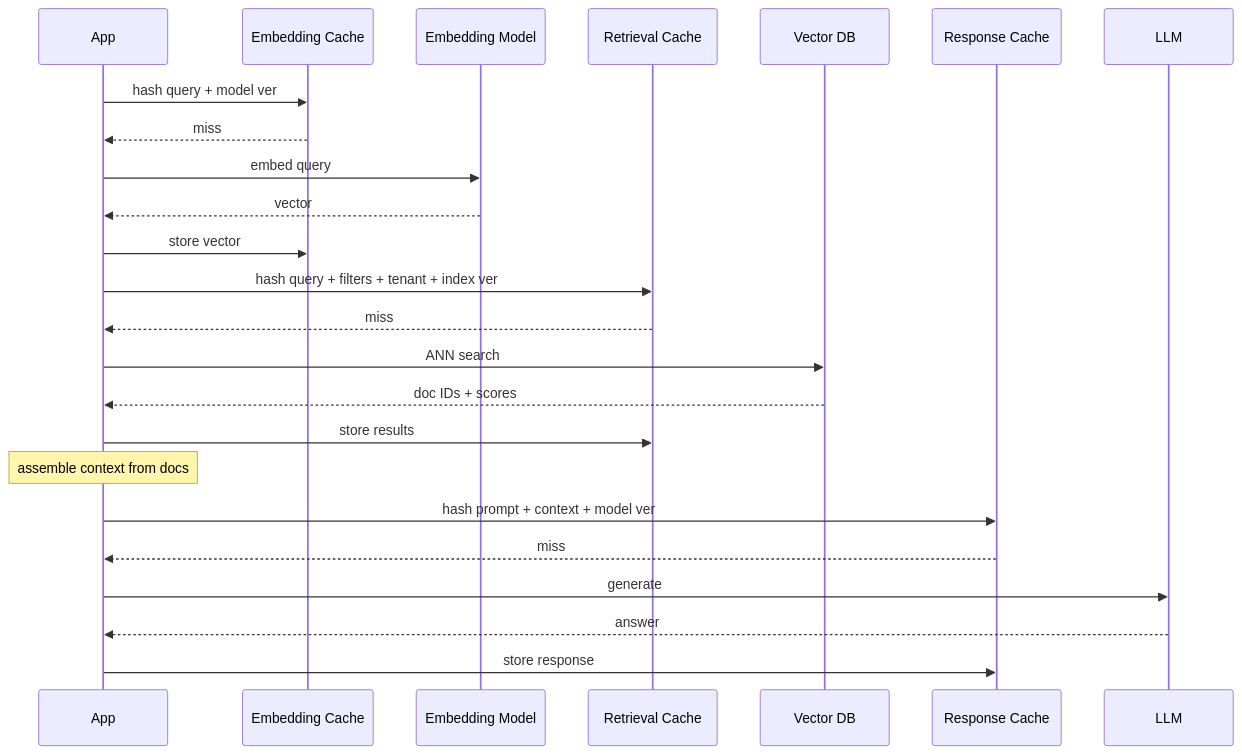
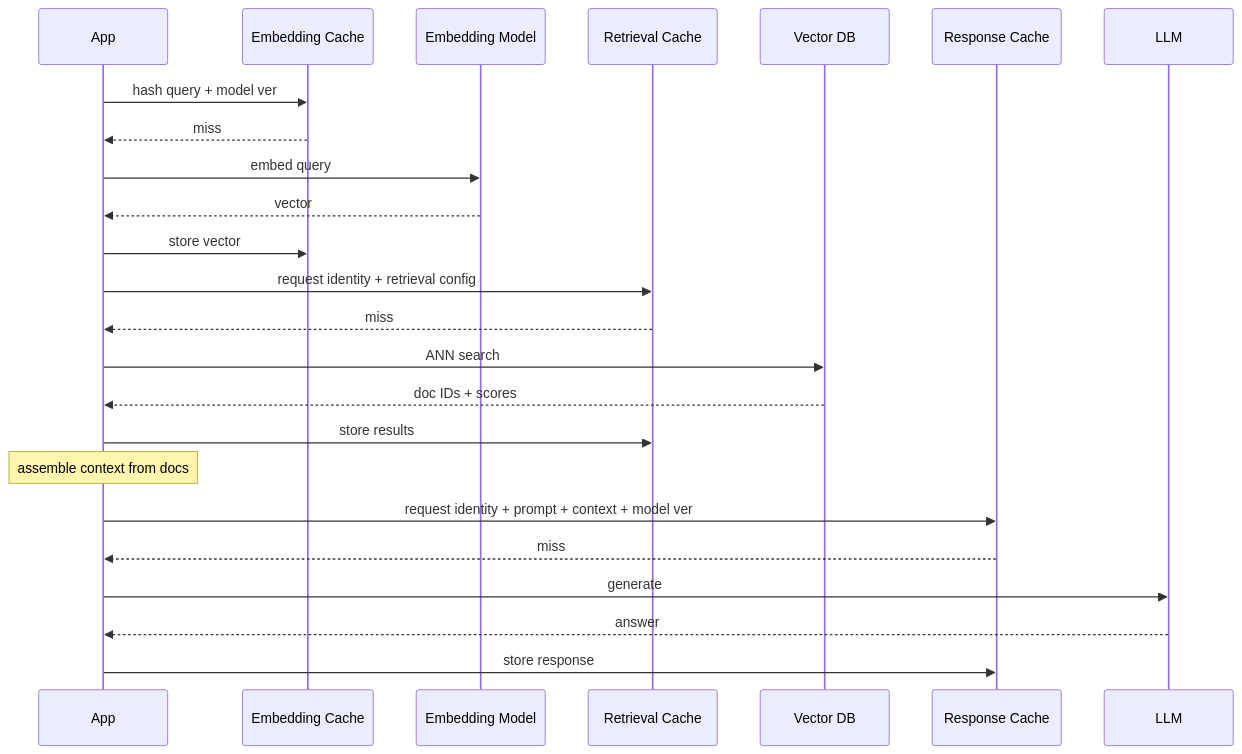
One commit to grafanaKibana/devbook.zip changed the second of 2 diagrams in Vault/Home/AI & ML/LLM/Context Engineering/RAG/Caching.md. Above: the diagram before and after it, drawn with Mermaid. The commit also changed other lines of this file and 73 other files, not shown here.

````diff
--- a/Vault/Home/AI & ML/LLM/Context Engineering/RAG/Caching.md
+++ b/Vault/Home/AI & ML/LLM/Context Engineering/RAG/Caching.md
@@ -45,30 +47,30 @@
 ```mermaid
 sequenceDiagram
   participant App
   participant EC as Embedding Cache
   participant EM as Embedding Model
   participant RC as Retrieval Cache
   participant VDB as Vector DB
   participant LC as Response Cache
   participant LLM
 
   App->>EC: hash query + model ver
   EC-->>App: miss
   App->>EM: embed query
   EM-->>App: vector
   App->>EC: store vector
 
-  App->>RC: hash query + filters + tenant + index ver
+  App->>RC: request identity + retrieval config
   RC-->>App: miss
   App->>VDB: ANN search
   VDB-->>App: doc IDs + scores
   App->>RC: store results
 
   Note over App: assemble context from docs
 
-  App->>LC: hash prompt + context + model ver
+  App->>LC: request identity + prompt + context + model ver
   LC-->>App: miss
   App->>LLM: generate
   LLM-->>App: answer
   App->>LC: store response
 ```
````
